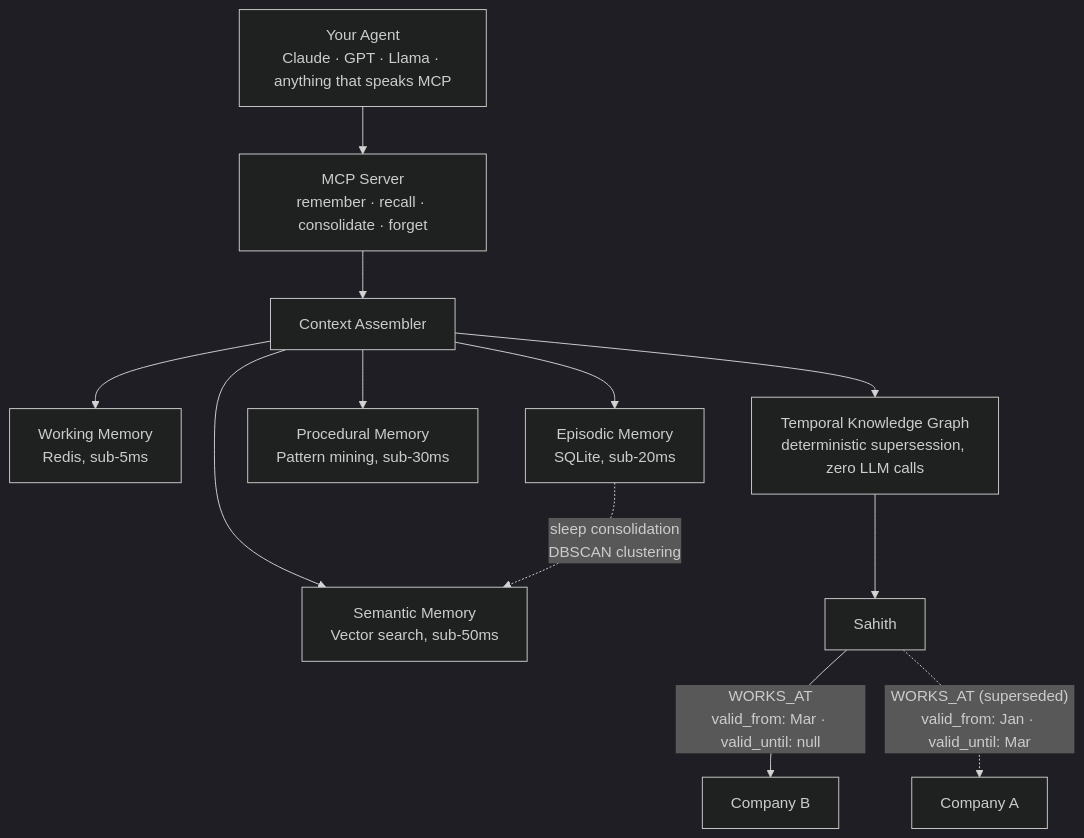
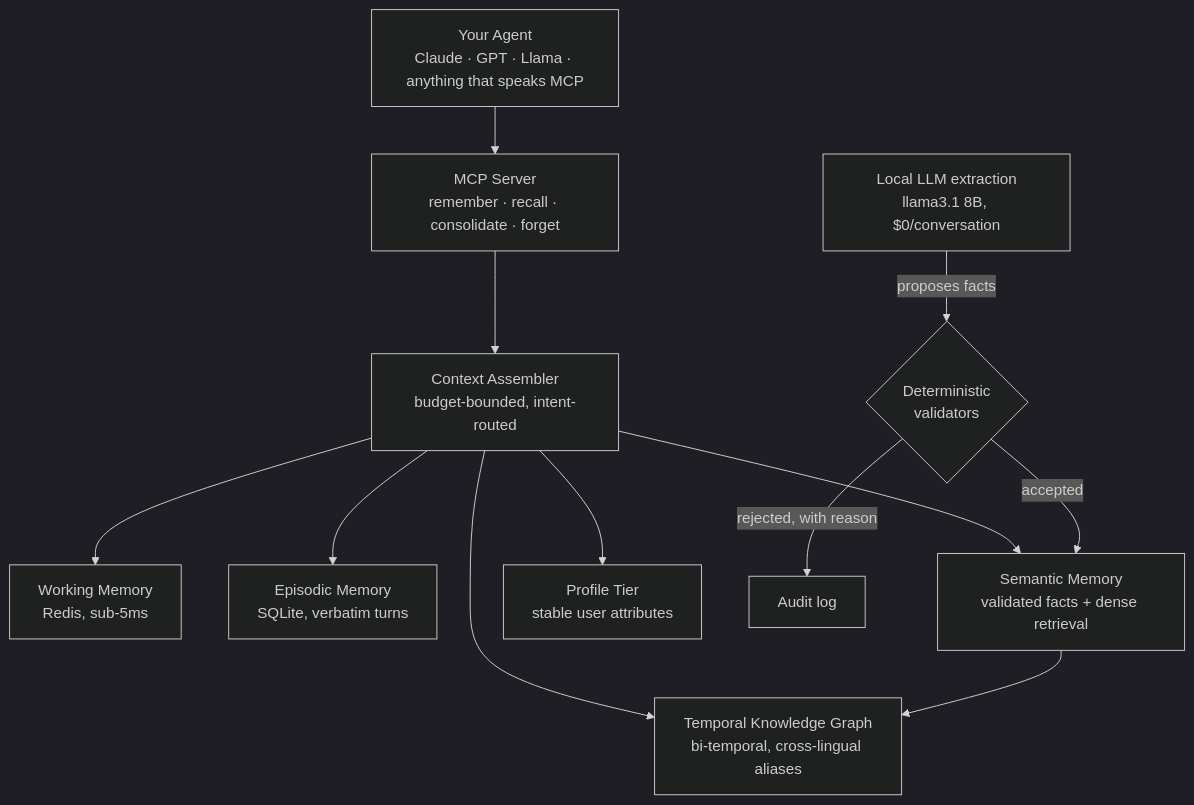
The second of 2 diagrams in README.md (Sahith59/AgentMem-OS), drawn with Mermaid (dark theme) before and after one commit. The commit also changed other lines of this file and 13 other files, not shown here.

````diff
--- a/README.md
+++ b/README.md
@@ -35,16 +49,16 @@
 ```mermaid
 flowchart TD
     App["Your Agent<br/>Claude · GPT · Llama · anything that speaks MCP"] --> MCP["MCP Server<br/>remember · recall · consolidate · forget"]
-    MCP --> CA["Context Assembler"]
+    MCP --> CA["Context Assembler<br/>budget-bounded, intent-routed"]
 
     CA --> T1["Working Memory<br/>Redis, sub-5ms"]
-    CA --> T2["Episodic Memory<br/>SQLite, sub-20ms"]
-    CA --> T3["Semantic Memory<br/>Vector search, sub-50ms"]
-    CA --> T4["Procedural Memory<br/>Pattern mining, sub-30ms"]
-    CA --> KG["Temporal Knowledge Graph<br/>deterministic supersession, zero LLM calls"]
+    CA --> T2["Episodic Memory<br/>SQLite, verbatim turns"]
+    CA --> T3["Semantic Memory<br/>validated facts + dense retrieval"]
+    CA --> T4["Profile Tier<br/>stable user attributes"]
+    CA --> KG["Temporal Knowledge Graph<br/>bi-temporal, cross-lingual aliases"]
 
-    T2 -.->|sleep consolidation<br/>DBSCAN clustering| T3
-    KG --> E1["Sahith"]
-    E1 -->|"WORKS_AT<br/>valid_from: Mar · valid_until: null"| E2["Company B"]
-    E1 -.->|"WORKS_AT (superseded)<br/>valid_from: Jan · valid_until: Mar"| E3["Company A"]
+    X["Local LLM extraction<br/>llama3.1 8B, $0/conversation"] -->|"proposes facts"| V{"Deterministic<br/>validators"}
+    V -->|"rejected, with reason"| D["Audit log"]
+    V -->|"accepted"| T3
+    T3 --> KG
 ```
````
